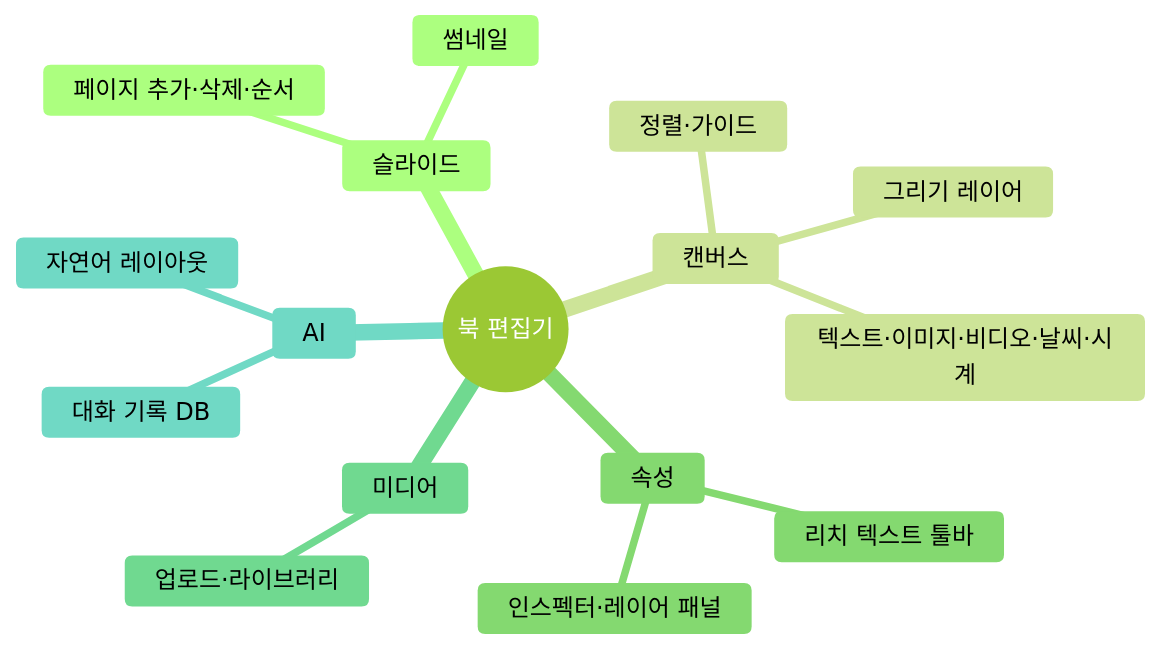
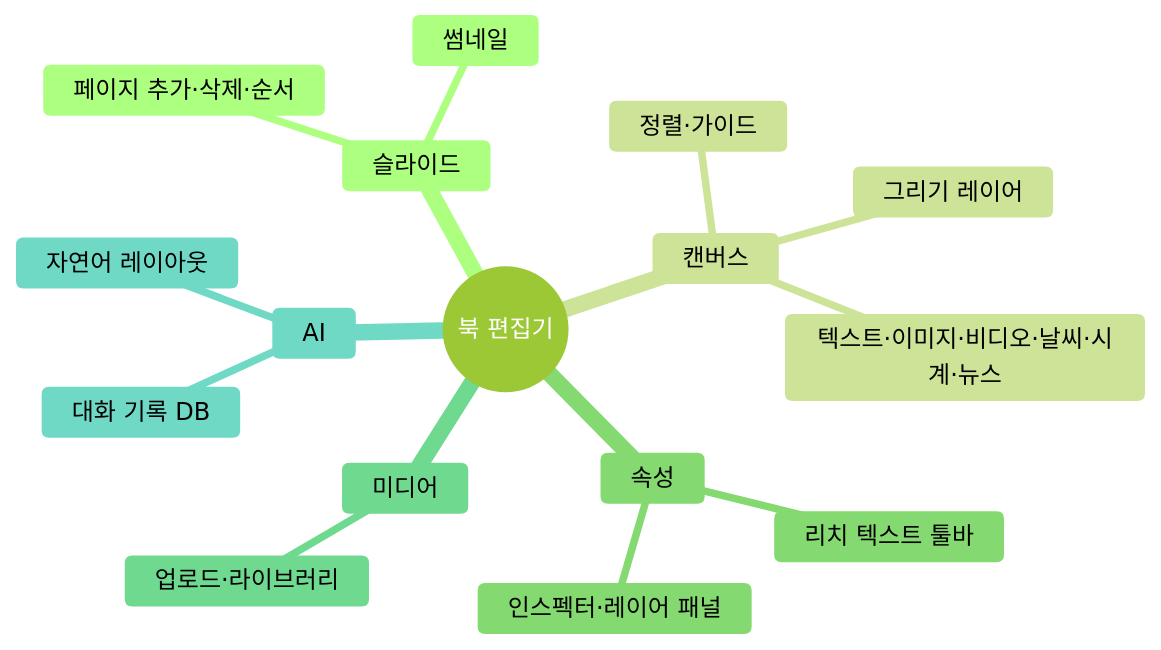
One commit to kspark-sqisoft/react-auth changed the tenth of 10 diagrams in docs/PROJECT_ARCHITECTURE.md. Above: the diagram before and after it, drawn with Mermaid (forest theme). The commit also changed other lines of this file and 22 other files, not shown here.

````diff
--- a/docs/PROJECT_ARCHITECTURE.md
+++ b/docs/PROJECT_ARCHITECTURE.md
@@ -398,19 +403,19 @@
 ```mermaid
 mindmap
   root((북 편집기))
     슬라이드
       페이지 추가·삭제·순서
       썸네일
     캔버스
-      텍스트·이미지·비디오·날씨·시계
+      텍스트·이미지·비디오·날씨·시계·뉴스
       그리기 레이어
       정렬·가이드
     속성
       인스펙터·레이어 패널
       리치 텍스트 툴바
     미디어
       업로드·라이브러리
     AI
       자연어 레이아웃
       대화 기록 DB
 ```
````
